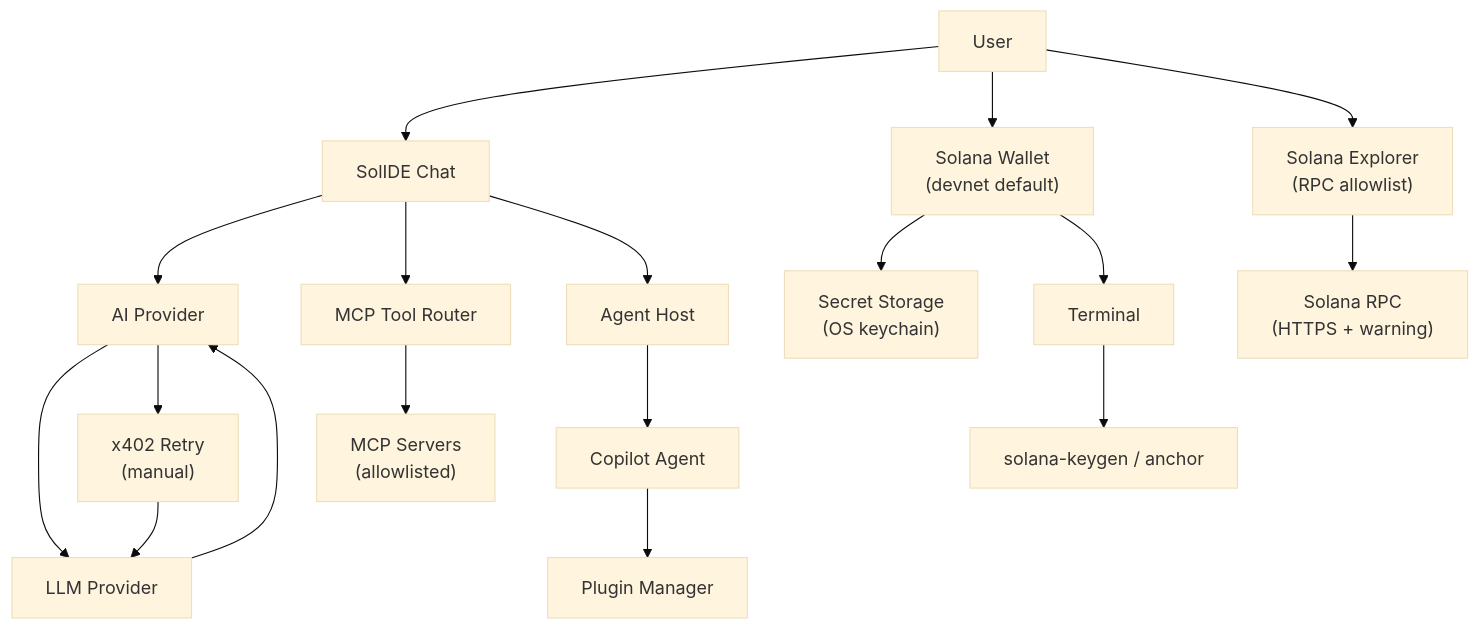
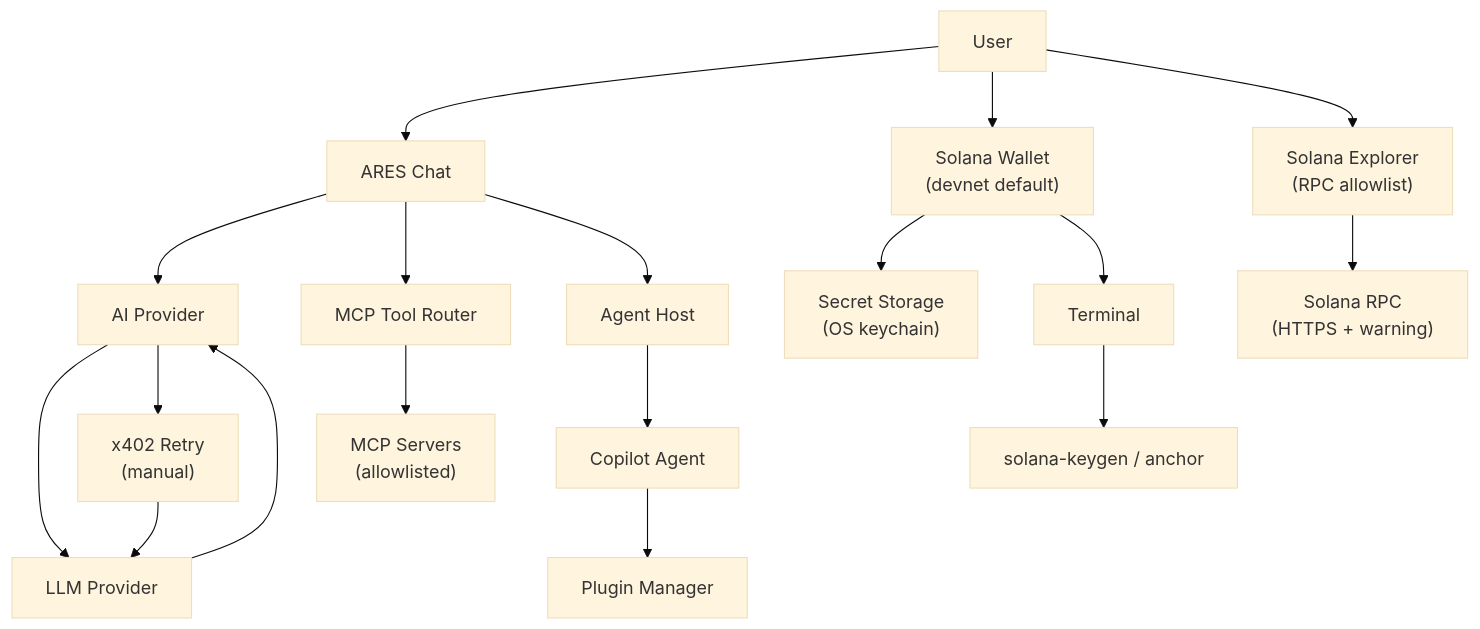
Before and after one commit to agentic-reserve/daemon-IDE: the diagram in daemon-IDE-threat-model.md, drawn with Mermaid (base theme). The commit also changed other lines of this file and 59 other files, not shown here.

````diff
--- a/daemon-IDE-threat-model.md
+++ b/daemon-IDE-threat-model.md
@@ -107,36 +107,36 @@
 ```mermaid
 flowchart TD
     U["User"]
-    S["SolIDE Chat"]
+    S["ARES Chat"]
     A["AI Provider"]
     L["LLM Provider"]
     M["MCP Servers\n(allowlisted)"]
     R["MCP Tool Router"]
     X["x402 Retry\n(manual)"]
     H["Agent Host"]
     C["Copilot Agent"]
     P["Plugin Manager"]
     W["Solana Wallet\n(devnet default)"]
     SS["Secret Storage\n(OS keychain)"]
     T["Terminal"]
     E["Solana Explorer\n(RPC allowlist)"]
     RPC["Solana RPC\n(HTTPS + warning)"]
     
     U --> S
     S --> A
     A --> L
     L --> A
     S --> R
     R --> M
     A --> X
     X --> L
     S --> H
     H --> C
     C --> P
     U --> W
     W --> SS
     W --> T
     T --> CLI["solana-keygen / anchor"]
     U --> E
     E --> RPC
 ```
````
